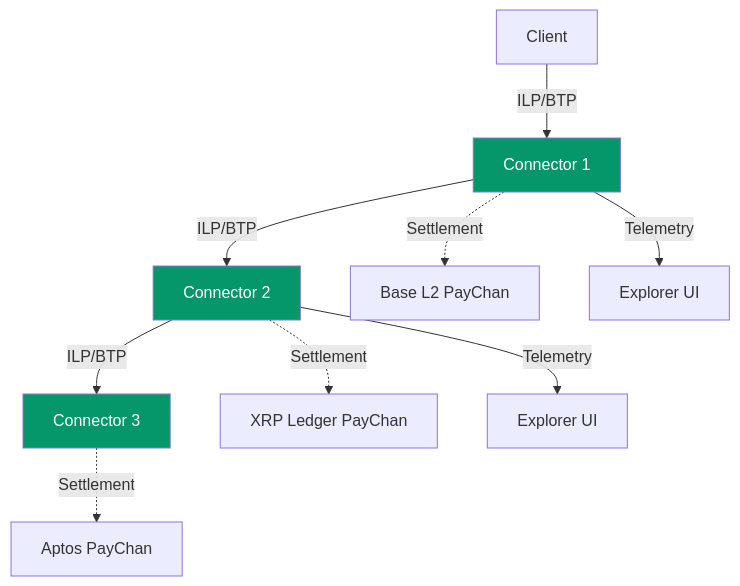
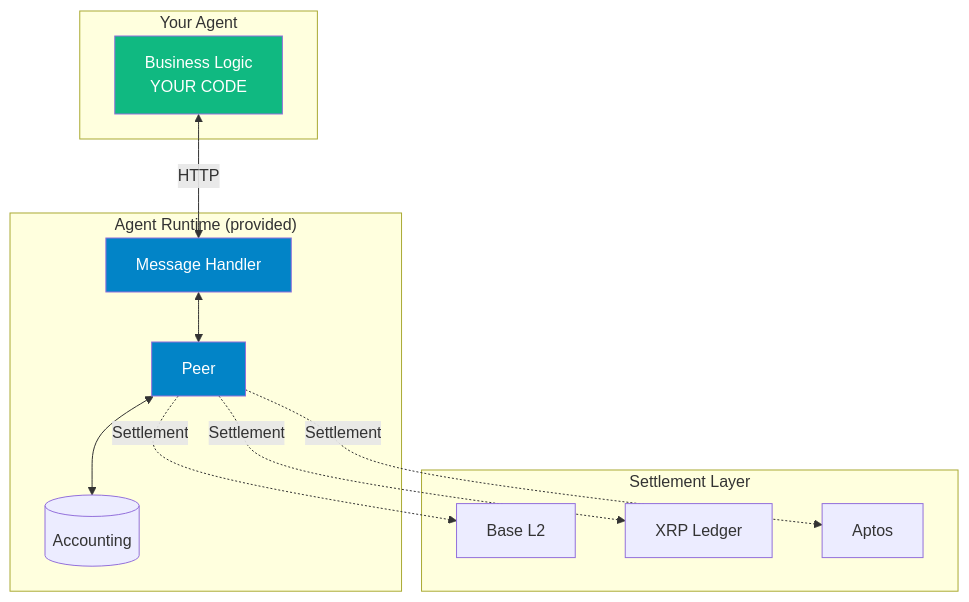
Before and after one commit to ALLiDoizCode/agent-runtime: the diagram in README.md, drawn with Mermaid. The commit also changed other lines of this file and 5 other files, not shown here.

````diff
--- a/README.md
+++ b/README.md
@@ -95,17 +182,29 @@
 ```mermaid
 graph TB
-    Client[Client] -->|ILP/BTP| Connector1[Connector 1]
-    Connector1 -->|ILP/BTP| Connector2[Connector 2]
-    Connector2 -->|ILP/BTP| Connector3[Connector 3]
+    subgraph "Your Agent"
+        BL[Business Logic<br/>YOUR CODE]
+    end
 
-    Connector1 -.->|Settlement| EVM[Base L2 PayChan]
-    Connector2 -.->|Settlement| XRP[XRP Ledger PayChan]
-    Connector3 -.->|Settlement| Aptos[Aptos PayChan]
+    subgraph "Agent Runtime (provided)"
+        AR[Message Handler]
+        CN[Peer]
+        TB[(Accounting)]
+    end
 
-    Connector1 -->|Telemetry| Explorer1[Explorer UI]
-    Connector2 -->|Telemetry| Explorer2[Explorer UI]
+    subgraph "Settlement Layer"
+        BASE[Base L2]
+        XRP[XRP Ledger]
+        APT[Aptos]
+    end
 
-    style Connector1 fill:#059669,color:#fff
-    style Connector2 fill:#059669,color:#fff
-    style Connector3 fill:#059669,color:#fff
+    BL <-->|HTTP| AR
+    AR <--> CN
+    CN <--> TB
+    CN -.->|Settlement| BASE
+    CN -.->|Settlement| XRP
+    CN -.->|Settlement| APT
+
+    style BL fill:#10b981,color:#fff
+    style AR fill:#0284c7,color:#fff
+    style CN fill:#0284c7,color:#fff
 ```
````
